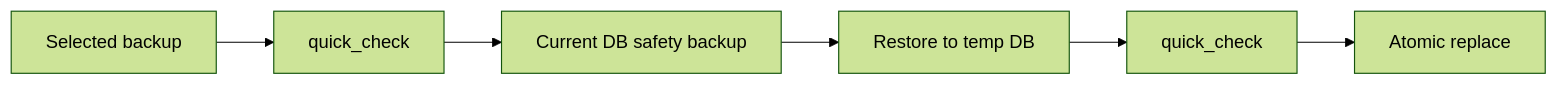
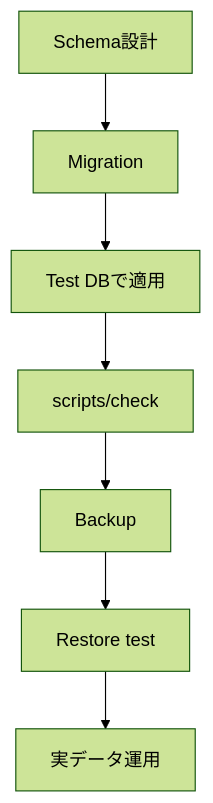
Before and after one commit to k-systems202208/python-sqlite-tailscale-webapp-template: the third of 3 diagrams in docs/SQLITE-SETUP.md, drawn with Mermaid (forest theme). The commit also changed other lines of this file and 26 other files, not shown here.

````diff
--- a/docs/SQLITE-SETUP.md
+++ b/docs/SQLITE-SETUP.md
@@ -212,8 +159,9 @@
 ```mermaid
-flowchart LR
-    B["Selected backup"] --> C["quick_check"]
-    C --> S["Current DB safety backup"]
-    S --> R["Restore to temp DB"]
-    R --> V["quick_check"]
-    V --> A["Atomic replace"]
+flowchart TD
+    A["Schema設計"] --> B["Migration"]
+    B --> C["Test DBで適用"]
+    C --> D["scripts/check"]
+    D --> E["Backup"]
+    E --> F["Restore test"]
+    F --> G["実データ運用"]
 ```
````
